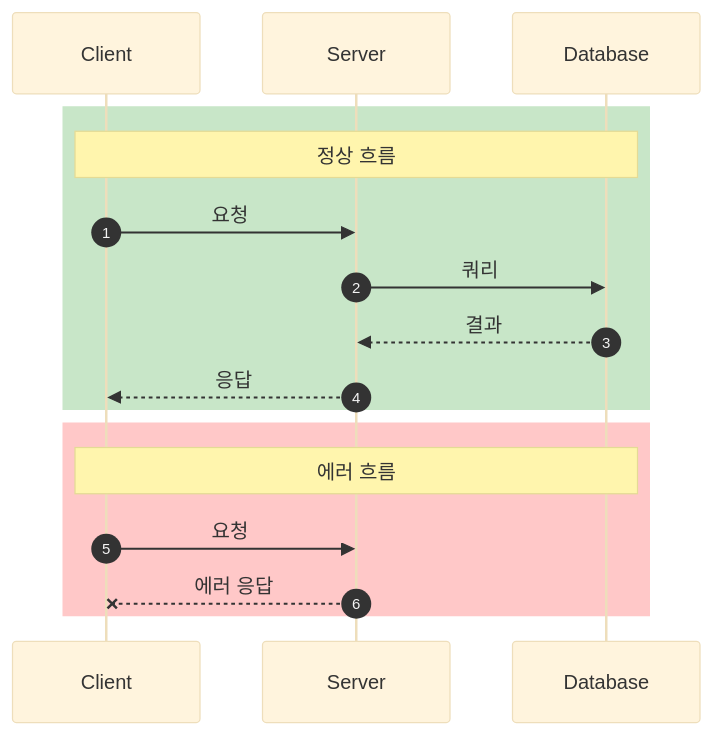
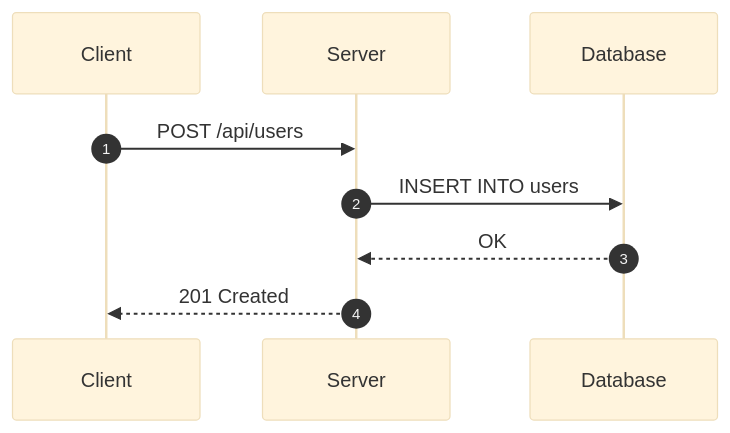
Before and after one commit to younwony/TIL: the fourth of 26 diagrams in .claude/skills/mermaid-diagram/SKILL.md, drawn with Mermaid. The commit also changed other lines of this file and 2 other files, not shown here.

Commit message:
docs: Mermaid 도구 안내 문서 및 CS README 목차 업데이트

````diff
--- a/.claude/skills/mermaid-diagram/SKILL.md
+++ b/.claude/skills/mermaid-diagram/SKILL.md
@@ -102,22 +196,13 @@
 ```mermaid
 %%{init: {'theme': 'base'}}%%
 sequenceDiagram
     autonumber
     participant C as Client
     participant S as Server
     participant DB as Database
 
-    rect rgb(200, 230, 200)
-        Note over C, DB: 정상 흐름
-        C->>S: 요청
-        S->>DB: 쿼리
-        DB-->>S: 결과
-        S-->>C: 응답
-    end
-
-    rect rgb(255, 200, 200)
-        Note over C, DB: 에러 흐름
-        C->>S: 요청
-        S--xC: 에러 응답
-    end
+    C->>S: POST /api/users
+    S->>DB: INSERT INTO users
+    DB-->>S: OK
+    S-->>C: 201 Created
 ```
````
